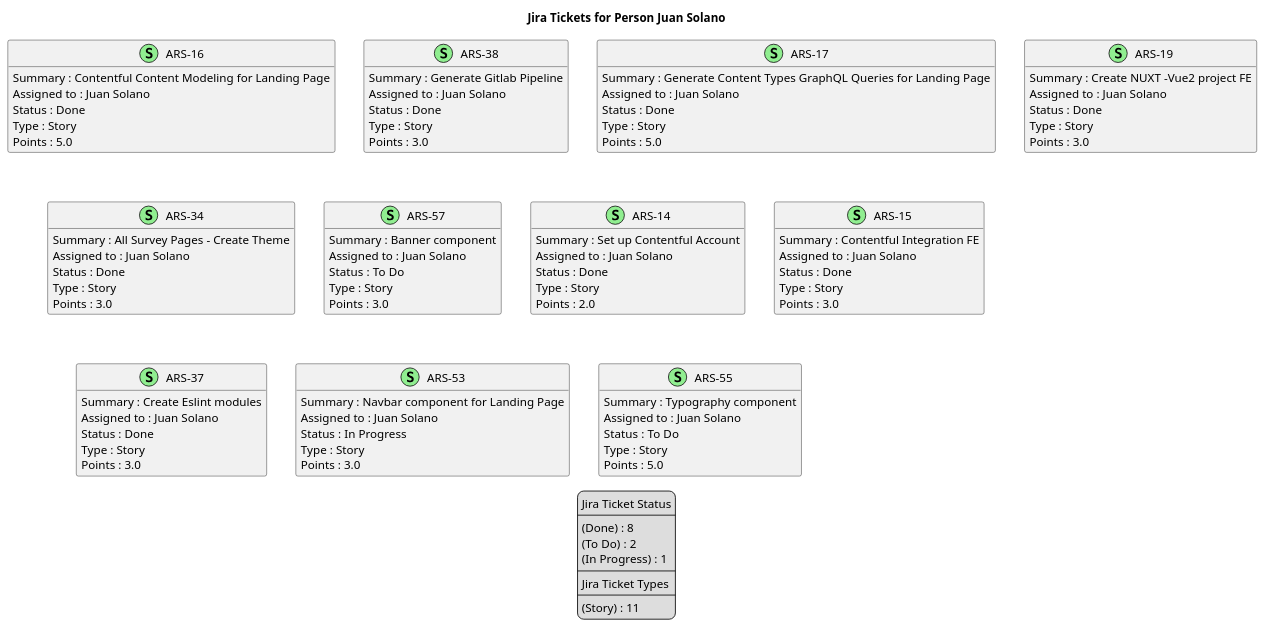
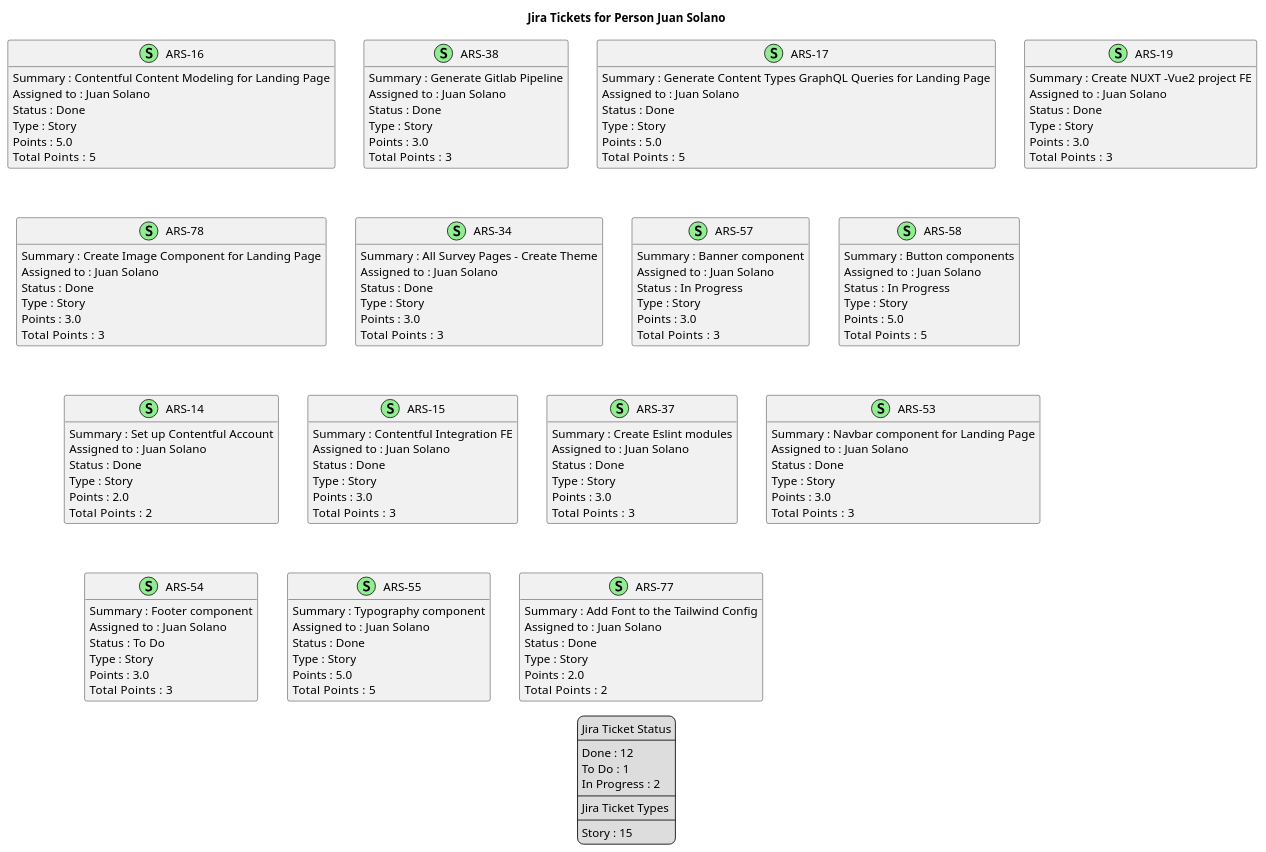
One commit to brunasti/jiraplotter changed the diagram in docs/nexus/jira-Person-Juan_Solano.puml. Above: the diagram before and after it, drawn with PlantUML. The commit also changed 22 other files, not shown here.

Commit message:
Computes total points in hierarchy

```diff
--- a/docs/nexus/jira-Person-Juan_Solano.puml
+++ b/docs/nexus/jira-Person-Juan_Solano.puml
@@ -1,117 +1,164 @@
 @startuml
 'https://plantuml.com/class-diagram
 
 ' GENERATE CLASS DIAGRAM ===========
-' Generated at    : Tue May 14 15:35:46 CEST 2024
+' Generated at    : Thu May 16 15:52:42 CEST 2024
 
 title Jira Tickets for Person Juan Solano
 hide empty members
 
 legend
 Jira Ticket Status
 ----
-(Done) : 8
-(To Do) : 2
-(In Progress) : 1
+Done : 12
+To Do : 1
+In Progress : 2
 ----
 Jira Ticket Types
 ----
-(Story) : 11
+Story : 15
 end legend
 
 
 ' Tickets =======
 class "ARS-16" << (S,lightgreen) >> {
-  Summary : Contentful Content Modeling for Landing Page
-  Assigned to : Juan Solano
-  Status : Done
-  Type : Story
-  Points : 5.0
+ Summary : Contentful Content Modeling for Landing Page
+ Assigned to : Juan Solano
+ Status : Done
+ Type : Story
+ Points : 5.0
+Total  Points : 5
 }
 
 class "ARS-38" << (S,lightgreen) >> {
-  Summary : Generate Gitlab Pipeline
-  Assigned to : Juan Solano
-  Status : Done
-  Type : Story
-  Points : 3.0
+ Summary : Generate Gitlab Pipeline
+ Assigned to : Juan Solano
+ Status : Done
+ Type : Story
+ Points : 3.0
+Total  Points : 3
 }
 
 class "ARS-17" << (S,lightgreen) >> {
-  Summary : Generate Content Types GraphQL Queries for Landing Page
-  Assigned to : Juan Solano
-  Status : Done
-  Type : Story
-  Points : 5.0
+ Summary : Generate Content Types GraphQL Queries for Landing Page
+ Assigned to : Juan Solano
+ Status : Done
+ Type : Story
+ Points : 5.0
+Total  Points : 5
 }
 
 class "ARS-19" << (S,lightgreen) >> {
-  Summary : Create NUXT -Vue2 project FE
-  Assigned to : Juan Solano
-  Status : Done
-  Type : Story
-  Points : 3.0
+ Summary : Create NUXT -Vue2 project FE
+ Assigned to : Juan Solano
+ Status : Done
+ Type : Story
+ Points : 3.0
+Total  Points : 3
+}
+
+class "ARS-78" << (S,lightgreen) >> {
+ Summary : Create Image Component for Landing Page
+ Assigned to : Juan Solano
+ Status : Done
+ Type : Story
+ Points : 3.0
+Total  Points : 3
 }
 
 class "ARS-34" << (S,lightgreen) >> {
-  Summary : All Survey Pages - Create Theme
-  Assigned to : Juan Solano
-  Status : Done
-  Type : Story
-  Points : 3.0
+ Summary : All Survey Pages - Create Theme
+ Assigned to : Juan Solano
+ Status : Done
+ Type : Story
+ Points : 3.0
+Total  Points : 3
 }
 
 class "ARS-57" << (S,lightgreen) >> {
-  Summary : Banner component
-  Assigned to : Juan Solano
-  Status : To Do
-  Type : Story
-  Points : 3.0
+ Summary : Banner component
+ Assigned to : Juan Solano
+ Status : In Progress
+ Type : Story
+ Points : 3.0
+Total  Points : 3
+}
+
+class "ARS-58" << (S,lightgreen) >> {
+ Summary : Button components
+ Assigned to : Juan Solano
+ Status : In Progress
+ Type : Story
+ Points : 5.0
+Total  Points : 5
 }
 
 class "ARS-14" << (S,lightgreen) >> {
-  Summary : Set up Contentful Account
-  Assigned to : Juan Solano
-  Status : Done
-  Type : Story
-  Points : 2.0
+ Summary : Set up Contentful Account
+ Assigned to : Juan Solano
+ Status : Done
+ Type : Story
+ Points : 2.0
+Total  Points : 2
 }
 
 class "ARS-15" << (S,lightgreen) >> {
-  Summary : Contentful Integration FE
-  Assigned to : Juan Solano
-  Status : Done
-  Type : Story
-  Points : 3.0
+ Summary : Contentful Integration FE
+ Assigned to : Juan Solano
+ Status : Done
+ Type : Story
+ Points : 3.0
+Total  Points : 3
 }
 
 class "ARS-37" << (S,lightgreen) >> {
-  Summary : Create Eslint modules
-  Assigned to : Juan Solano
-  Status : Done
-  Type : Story
-  Points : 3.0
+ Summary : Create Eslint modules
+ Assigned to : Juan Solano
+ Status : Done
+ Type : Story
+ Points : 3.0
+Total  Points : 3
 }
 
 class "ARS-53" << (S,lightgreen) >> {
-  Summary : Navbar component for Landing Page
-  Assigned to : Juan Solano
-  Status : In Progress
-  Type : Story
-  Points : 3.0
+ Summary : Navbar component for Landing Page
+ Assigned to : Juan Solano
+ Status : Done
+ Type : Story
+ Points : 3.0
+Total  Points : 3
+}
+
+class "ARS-54" << (S,lightgreen) >> {
+ Summary : Footer component
+ Assigned to : Juan Solano
+ Status : To Do
+ Type : Story
+ Points : 3.0
+Total  Points : 3
 }
 
 class "ARS-55" << (S,lightgreen) >> {
-  Summary : Typography component
-  Assigned to : Juan Solano
-  Status : To Do
-  Type : Story
-  Points : 5.0
+ Summary : Typography component
+ Assigned to : Juan Solano
+ Status : Done
+ Type : Story
+ Points : 5.0
+Total  Points : 5
+}
+
+class "ARS-77" << (S,lightgreen) >> {
+ Summary : Add Font to the Tailwind Config
+ Assigned to : Juan Solano
+ Status : Done
+ Type : Story
+ Points : 2.0
+Total  Points : 2
 }
 
 
 
 ' Links =======
 
 
 @enduml
```
